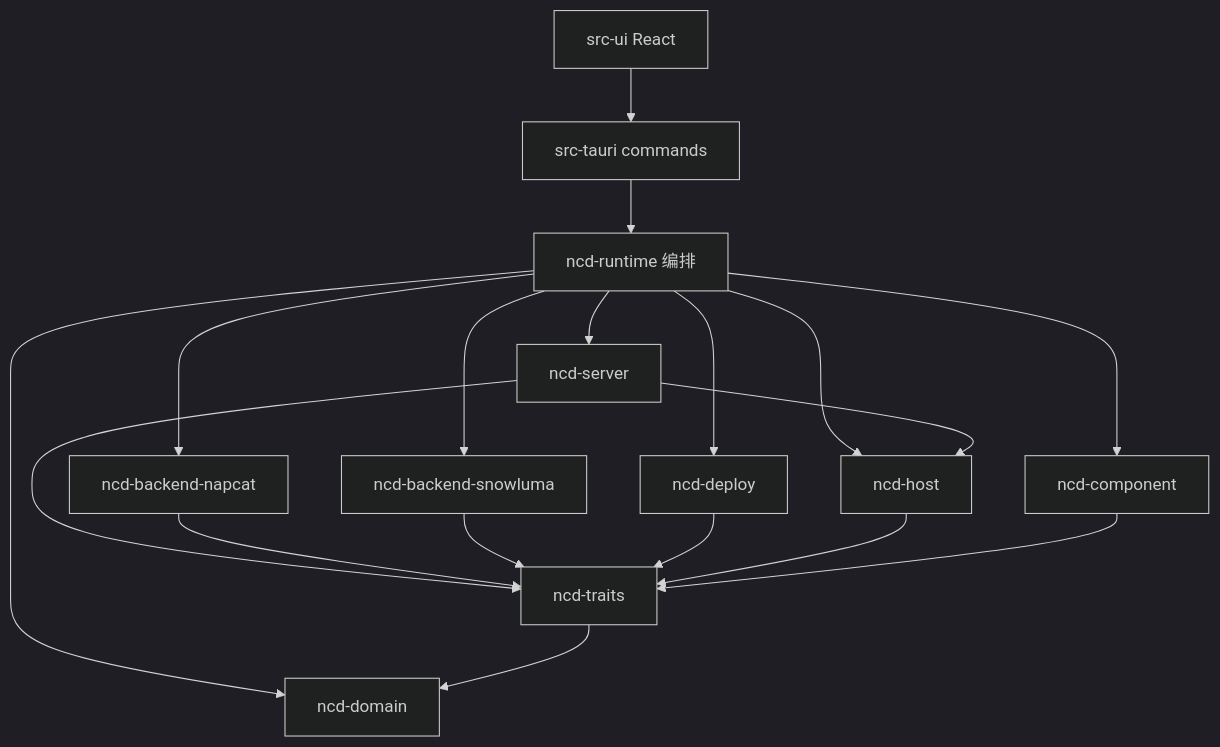
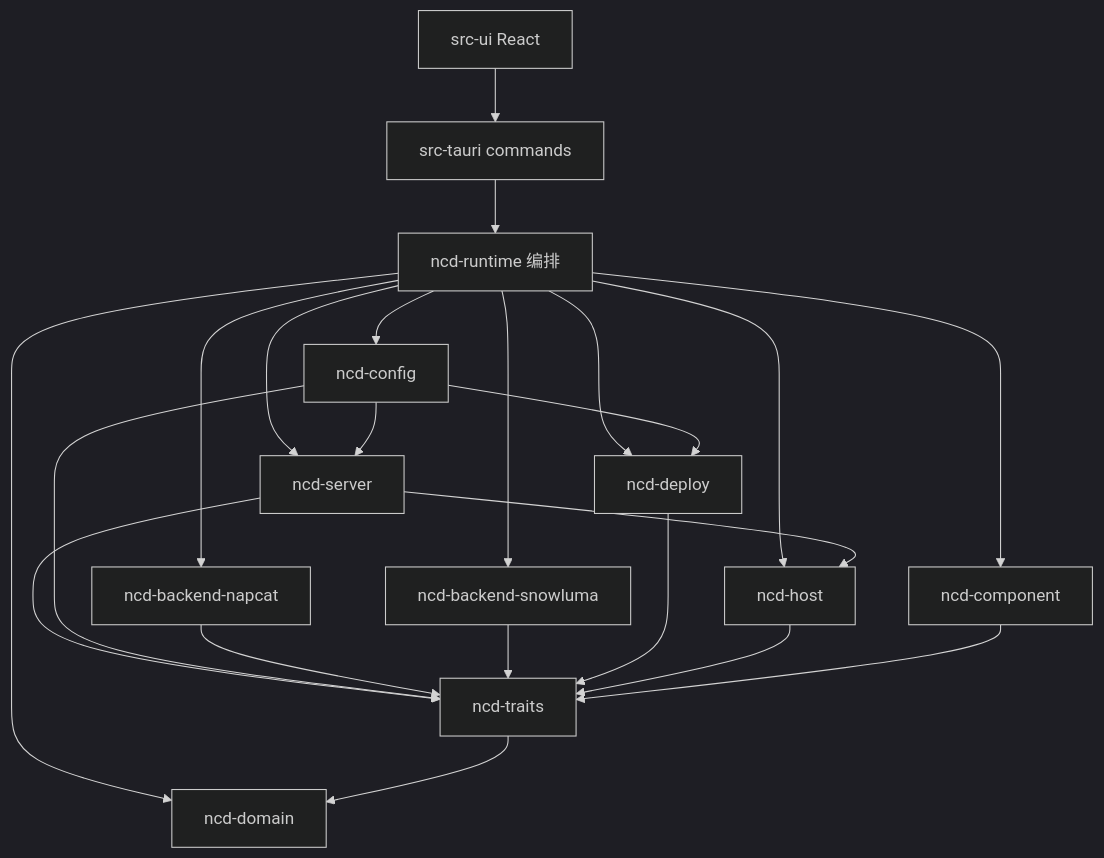
The diagram in docs/context/codemap.md (NapNeko/NapCatQQ-Desktop), drawn with Mermaid (dark theme) before and after one commit. The commit also changed other lines of this file and 43 other files, not shown here.

First line of the commit message:
refactor(config): 抽出 ncd-config 并域化 ncd-runtime 目录

````diff
--- a/docs/context/codemap.md
+++ b/docs/context/codemap.md
@@ -14,20 +14,24 @@
 ```mermaid
 flowchart TB
   UI[src-ui React] --> IPC[src-tauri commands]
   IPC --> RT[ncd-runtime 编排]
+  RT --> CFG[ncd-config]
   RT --> SRV[ncd-server]
   RT --> BN[ncd-backend-napcat]
   RT --> BS[ncd-backend-snowluma]
   RT --> DEP[ncd-deploy]
   RT --> HOST[ncd-host]
   RT --> COMP[ncd-component]
   RT --> DOM[ncd-domain]
+  CFG --> SRV
+  CFG --> DEP
   SRV --> HOST
   SRV --> TR[ncd-traits]
+  CFG --> TR
   BN --> TR
   BS --> TR
   DEP --> TR
   HOST --> TR
   COMP --> TR
   TR --> DOM
 ```
````
